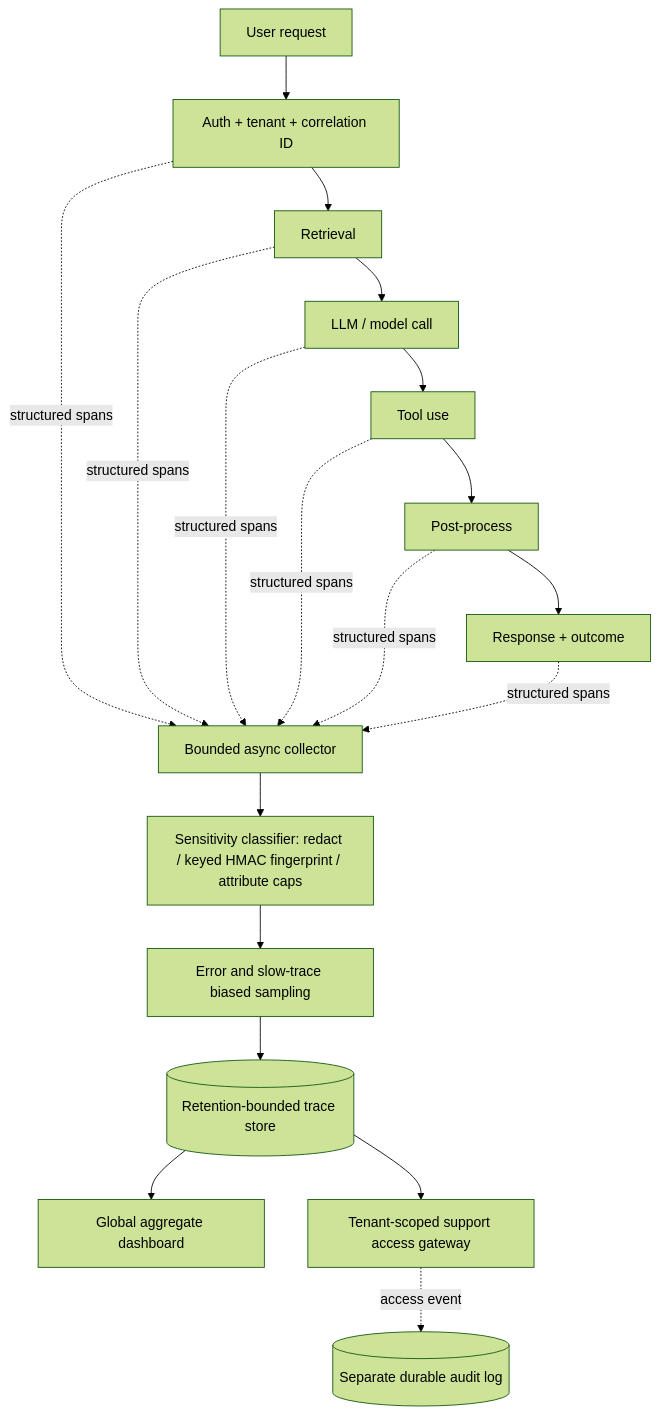
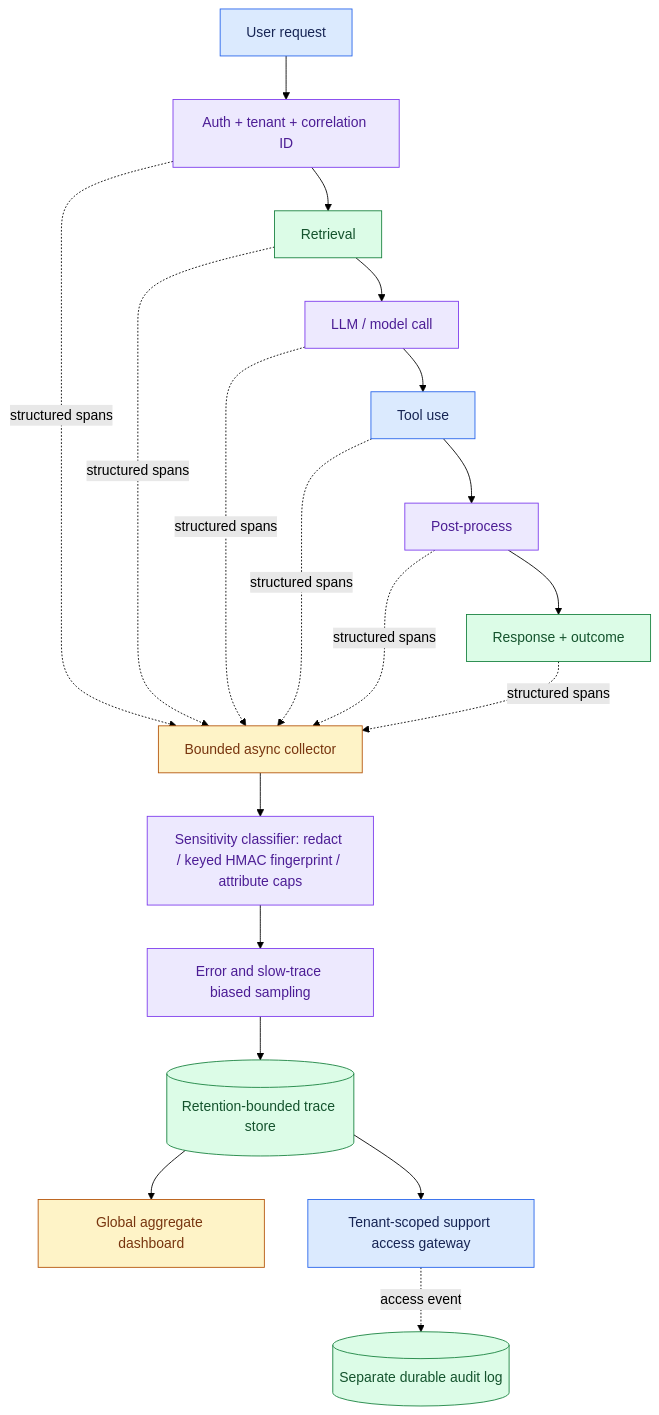
The diagram in site/content/modules/15-fde-case-studies/delivery-evaluation-operations/observability-and-production-diagnosis/main.md (Sourav692/Forward-Deployed-Engineer-Interview-Prep), drawn with Mermaid (forest theme) before and after one commit. The commit also changed other lines of this file and 1268 other files, not shown here.

First line of the commit message:
content: polish Casebook writing and Mermaid diagrams (#251)

````diff
--- a/site/content/modules/15-fde-case-studies/delivery-evaluation-operations/observability-and-production-diagnosis/main.md
+++ b/site/content/modules/15-fde-case-studies/delivery-evaluation-operations/observability-and-production-diagnosis/main.md
@@ -78,12 +78,22 @@
 ```mermaid
 flowchart TB
   U[User request] --> A[Auth + tenant + correlation ID]
   A --> R[Retrieval] --> M[LLM / model call] --> T[Tool use] --> P[Post-process] --> O[Response + outcome]
   A & R & M & T & P & O -. structured spans .-> B[Bounded async collector]
   B --> C[Sensitivity classifier: redact / keyed HMAC fingerprint / attribute caps]
   C --> S[Error and slow-trace biased sampling]
   S --> D[(Retention-bounded trace store)]
   D --> G[Global aggregate dashboard]
   D --> V[Tenant-scoped support access gateway]
   V -. access event .-> Q[(Separate durable audit log)]
+
+    %% Casebook colours: entry, reasoning, results, controls, and stopped paths.
+    classDef cbInput fill:#dbeafe,stroke:#2563eb,color:#172554
+    class U,T,V cbInput
+    classDef cbReason fill:#ede9fe,stroke:#7c3aed,color:#4c1d95
+    class A,M,P,C,S cbReason
+    classDef cbAction fill:#dcfce7,stroke:#15803d,color:#14532d
+    class R,O,D,Q cbAction
+    classDef cbPolicy fill:#fef3c7,stroke:#b45309,color:#78350f
+    class B,G cbPolicy
 ```
````
